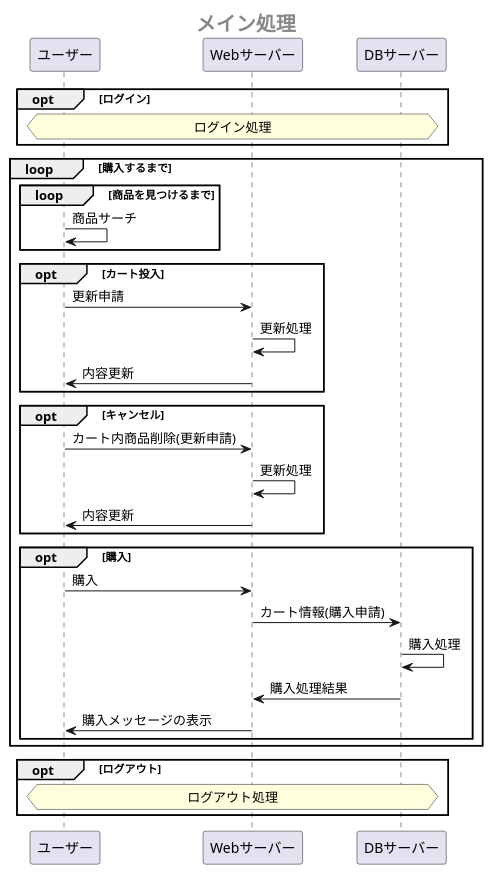
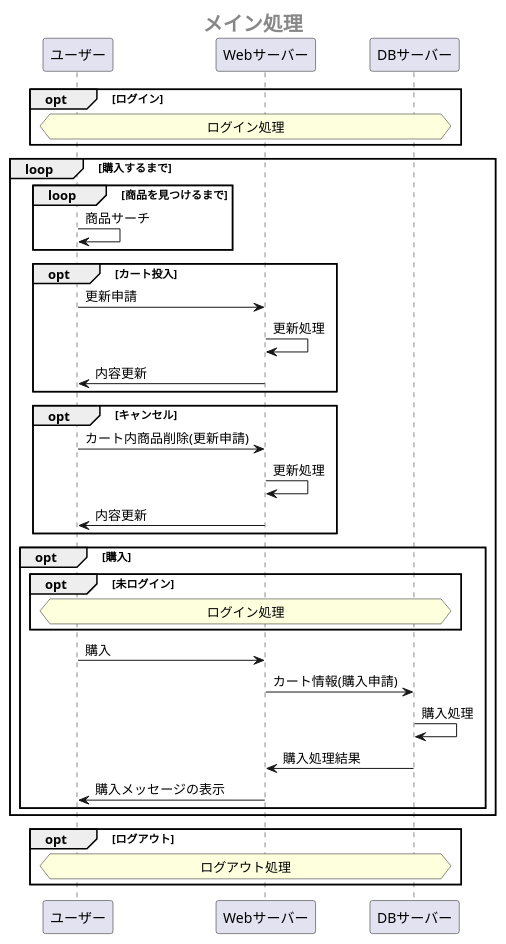
Before and after one commit to Aso2001385/2021sys-design: the first of 3 diagrams in sample/OperationFrow.md, drawn with PlantUML.

````diff
--- a/sample/OperationFrow.md
+++ b/sample/OperationFrow.md
@@ -1,40 +1,43 @@
 ```uml 
 @startuml 
 center header <size:20><b>メイン処理</b></size>
 
 opt ログイン
  hnote across: ログイン処理
 end
 
 loop 購入するまで
  loop 商品を見つけるまで
   ユーザー -> ユーザー:商品サーチ
  end
  
  opt カート投入
   ユーザー -> Webサーバー:更新申請
   Webサーバー -> Webサーバー:更新処理
   Webサーバー ->ユーザー:内容更新
  end
  opt キャンセル
   ユーザー -> Webサーバー:カート内商品削除(更新申請)
   Webサーバー -> Webサーバー:更新処理
   Webサーバー ->ユーザー:内容更新
  end
  
  opt 購入
+  opt 未ログイン
+    hnote across: ログイン処理
+  end
   ユーザー -> Webサーバー:購入
   Webサーバー -> DBサーバー:カート情報(購入申請)
   DBサーバー -> DBサーバー:購入処理
   DBサーバー -> Webサーバー:購入処理結果
   Webサーバー ->ユーザー:購入メッセージの表示
  end
 
 end
 
 opt ログアウト
  hnote across: ログアウト処理
 end
  
 @enduml
 ```
````
